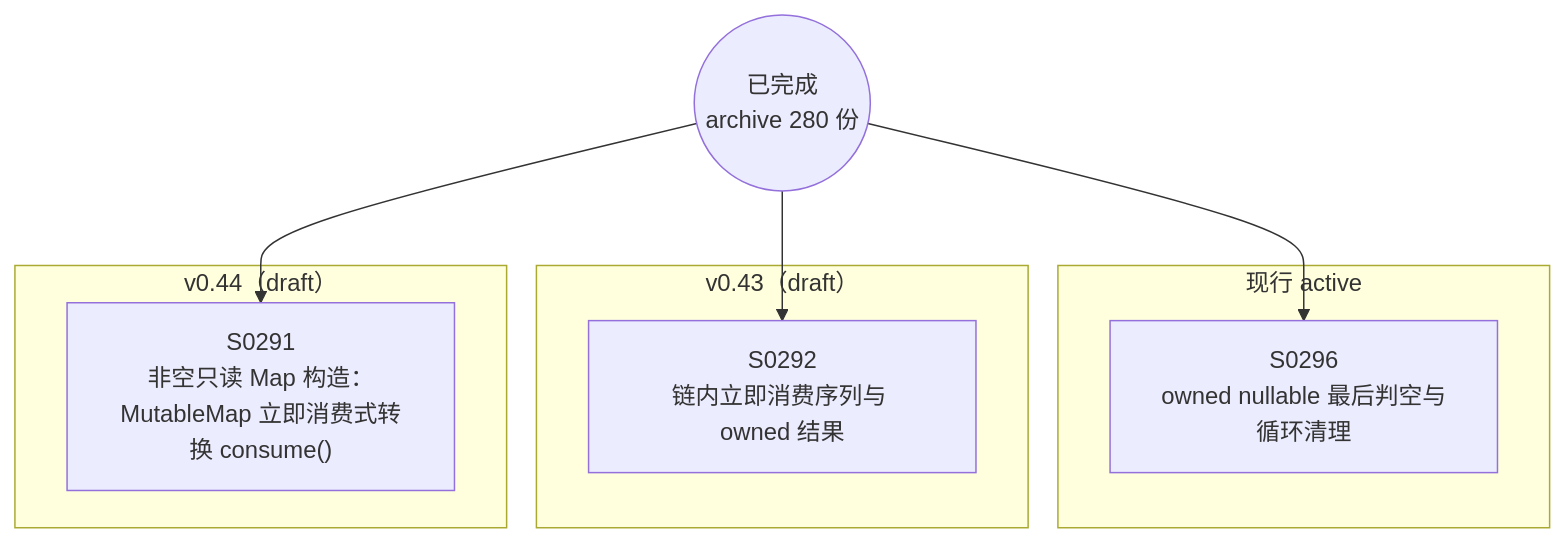
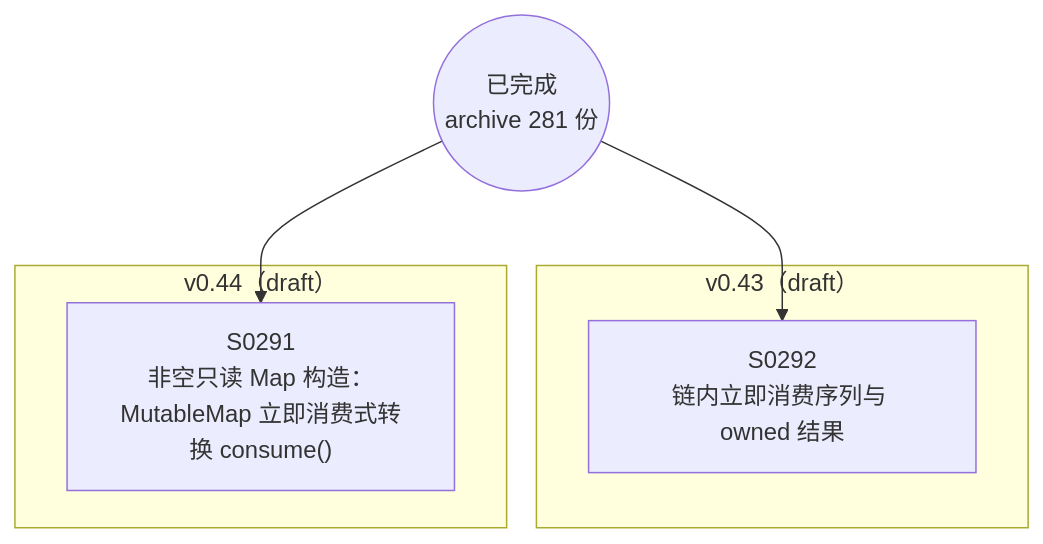
One commit to Halckon/Koven changed the diagram in docs/specs/dependency-graph.md. Above: the diagram before and after it, drawn with Mermaid. The commit also changed other lines of this file and 23 other files, not shown here.

Commit message:
docs(spec): archive verified owned nullable cleanup (SPEC-0296)

````diff
--- a/docs/specs/dependency-graph.md
+++ b/docs/specs/dependency-graph.md
@@ -9,16 +9,12 @@
 ```mermaid
 flowchart TD
-ARCH(("已完成<br/>archive 280 份"))
-subgraph Gactive["现行 active"]
-  S0296["S0296<br/>owned nullable 最后判空与循环清理"]
-end
+ARCH(("已完成<br/>archive 281 份"))
 subgraph Gdrafts_v043["v0.43（draft）"]
   S0292["S0292<br/>链内立即消费序列与 owned 结果"]
 end
 subgraph Gdrafts_v044["v0.44（draft）"]
   S0291["S0291<br/>非空只读 Map 构造：MutableMap 立即消费式转换 consume()"]
 end
 ARCH --> S0291
 ARCH --> S0292
-ARCH --> S0296
 ```
````
